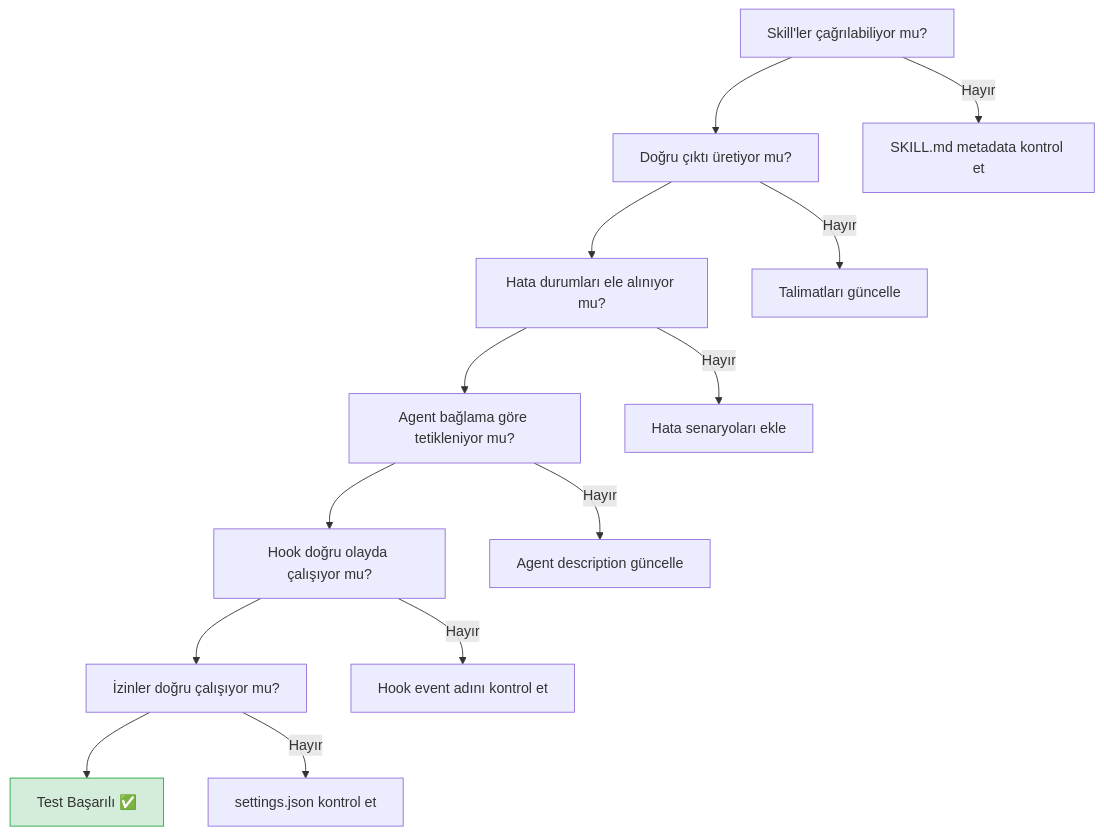
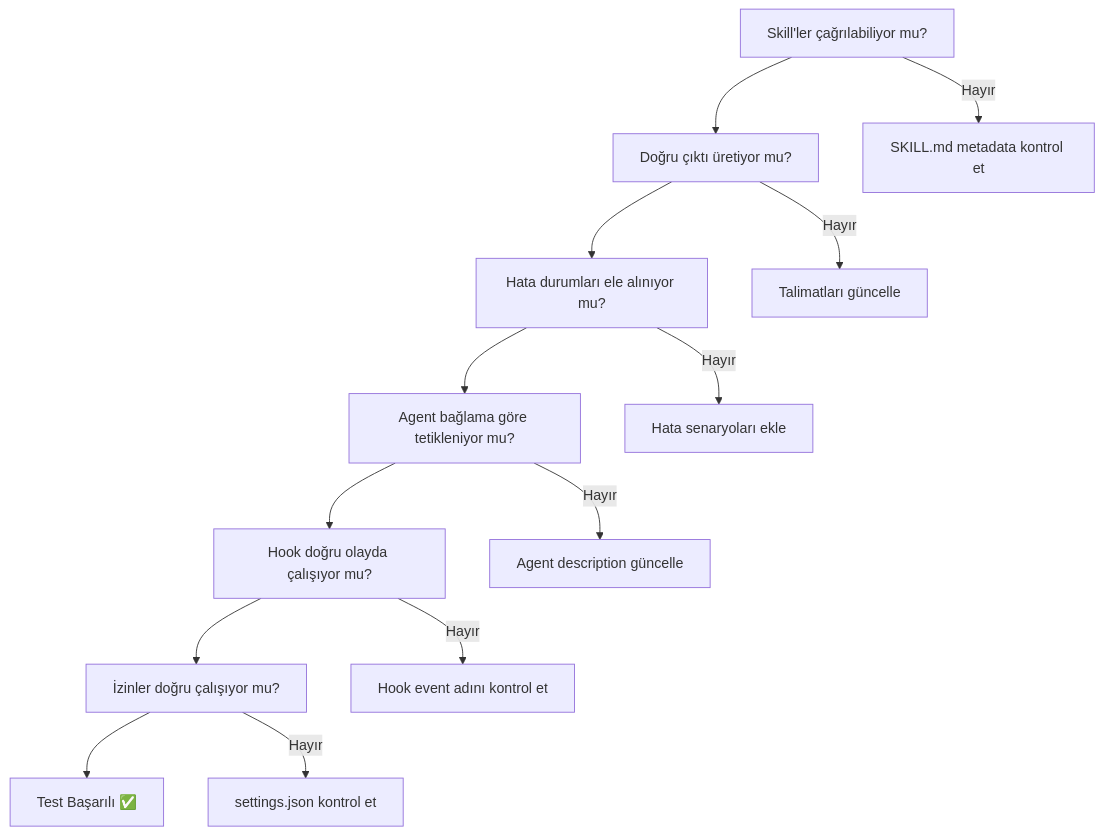
The fifth of 8 diagrams in 12-skills-ve-pluginler/05-plugin-olusturma-ve-dagitim.md (IzzetYasinAtes/ClaudeCodeHandbook), drawn with Mermaid before and after one commit. The commit also changed other lines of this file and 97 other files, not shown here.

Commit message:
Remove all custom Mermaid style/fill colors from 98 markdown files for consistent dark theme rendering

````diff
--- a/12-skills-ve-pluginler/05-plugin-olusturma-ve-dagitim.md
+++ b/12-skills-ve-pluginler/05-plugin-olusturma-ve-dagitim.md
@@ -436,18 +429,17 @@
 ```mermaid
 flowchart TD
     T1["Skill'ler çağrılabiliyor mu?"] --> T2["Doğru çıktı üretiyor mu?"]
     T2 --> T3["Hata durumları ele alınıyor mu?"]
     T3 --> T4["Agent bağlama göre tetikleniyor mu?"]
     T4 --> T5["Hook doğru olayda çalışıyor mu?"]
     T5 --> T6["İzinler doğru çalışıyor mu?"]
     T6 --> PASS["Test Başarılı ✅"]
 
     T1 -->|"Hayır"| FIX1["SKILL.md metadata kontrol et"]
     T2 -->|"Hayır"| FIX2["Talimatları güncelle"]
     T3 -->|"Hayır"| FIX3["Hata senaryoları ekle"]
     T4 -->|"Hayır"| FIX4["Agent description güncelle"]
     T5 -->|"Hayır"| FIX5["Hook event adını kontrol et"]
     T6 -->|"Hayır"| FIX6["settings.json kontrol et"]
 
-    style PASS fill:#d4edda,stroke:#28a745
 ```
````
